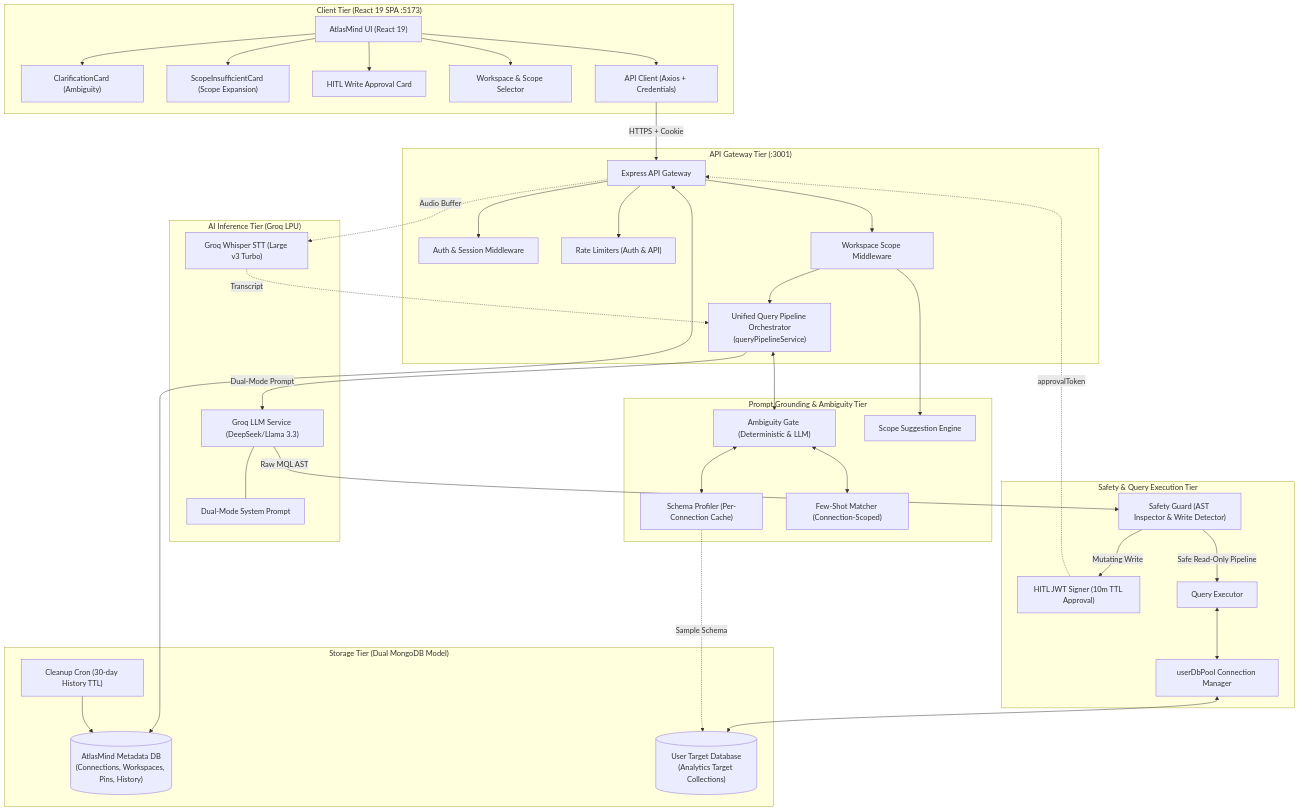
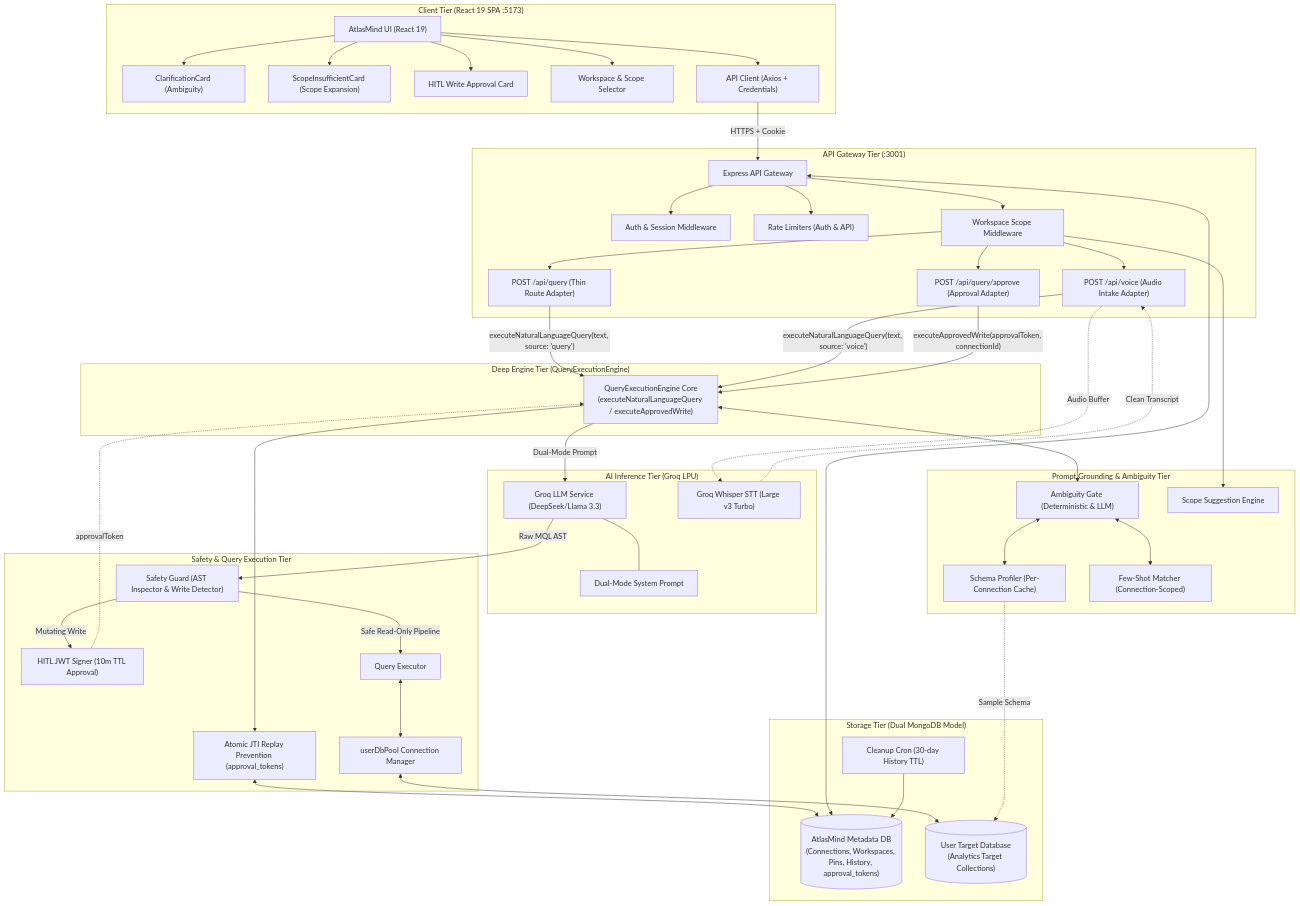
The first of 4 diagrams in docs/ARCHITECTURE.md (lakshmanbhukya/AtlasMind), drawn with Mermaid before and after one commit. The commit also changed other lines of this file and 18 other files, not shown here.

First line of the commit message:
refactor(server): route query and voice through QueryExecutionEngine (ADR 0001)

```diff
--- a/docs/ARCHITECTURE.md
+++ b/docs/ARCHITECTURE.md
@@ -36,12 +36,23 @@
         AUTH["Auth & Session Middleware"]
         RL["Rate Limiters (Auth & API)"]
         WS_MW["Workspace Scope Middleware"]
-        ORCH["Unified Query Pipeline Orchestrator\n(queryPipelineService)"]
+        ROUTER_Q["POST /api/query (Thin Route Adapter)"]
+        ROUTER_V["POST /api/voice (Audio Intake Adapter)"]
+        ROUTER_A["POST /api/query/approve (Approval Adapter)"]
         API_C -->|HTTPS + Cookie| GW
         GW --> AUTH
         GW --> RL
         GW --> WS_MW
-        WS_MW --> ORCH
+        WS_MW --> ROUTER_Q
+        WS_MW --> ROUTER_V
+        WS_MW --> ROUTER_A
+    end
+
+    subgraph EngineTier["Deep Engine Tier (QueryExecutionEngine)"]
+        ENGINE["QueryExecutionEngine Core\n(executeNaturalLanguageQuery / executeApprovedWrite)"]
+        ROUTER_Q -->|"executeNaturalLanguageQuery(text, source: 'query')"| ENGINE
+        ROUTER_V -->|"executeNaturalLanguageQuery(text, source: 'voice')"| ENGINE
+        ROUTER_A -->|"executeApprovedWrite(approvalToken, connectionId)"| ENGINE
     end
 
     subgraph Grounding["Prompt Grounding & Ambiguity Tier"]
@@ -49,7 +60,7 @@
         SP["Schema Profiler (Per-Connection Cache)"]
         FS["Few-Shot Matcher (Connection-Scoped)"]
         SS["Scope Suggestion Engine"]
-        ORCH <--> AG
+        ENGINE <--> AG
         AG <--> SP
         AG <--> FS
         WS_MW --> SS
@@ -59,28 +70,31 @@
         GROQ["Groq LLM Service (DeepSeek/Llama 3.3)"]
         WHISPER["Groq Whisper STT (Large v3 Turbo)"]
         PROMPT["Dual-Mode System Prompt"]
-        ORCH -->|Dual-Mode Prompt| GROQ
-        GW -.->|Audio Buffer| WHISPER
-        WHISPER -.->|Transcript| ORCH
+        ENGINE -->|Dual-Mode Prompt| GROQ
+        ROUTER_V -.->|Audio Buffer| WHISPER
+        WHISPER -.->|Clean Transcript| ROUTER_V
         GROQ --- PROMPT
     end
 
     subgraph Safety["Safety & Query Execution Tier"]
         SG["Safety Guard (AST Inspector & Write Detector)"]
         HITL_SIGN["HITL JWT Signer (10m TTL Approval)"]
+        REPLAY["Atomic JTI Replay Prevention (approval_tokens)"]
         QE["Query Executor"]
         POOL["userDbPool Connection Manager"]
         GROQ -->|Raw MQL AST| SG
         SG -->|Mutating Write| HITL_SIGN
         SG -->|Safe Read-Only Pipeline| QE
-        HITL_SIGN -.->|approvalToken| GW
+        HITL_SIGN -.->|approvalToken| ENGINE
+        ENGINE --> REPLAY
         QE <--> POOL
     end
 
     subgraph Storage["Storage Tier (Dual MongoDB Model)"]
-        APP_DB[("AtlasMind Metadata DB\n(Connections, Workspaces, Pins, History)")]
+        APP_DB[("AtlasMind Metadata DB\n(Connections, Workspaces, Pins, History, approval_tokens)")]
         USER_DB[("User Target Database\n(Analytics Target Collections)")]
         CLEANUP["Cleanup Cron (30-day History TTL)"]
+        REPLAY <--> APP_DB
         GW <--> APP_DB
         CLEANUP --> APP_DB
         POOL <--> USER_DB
```
